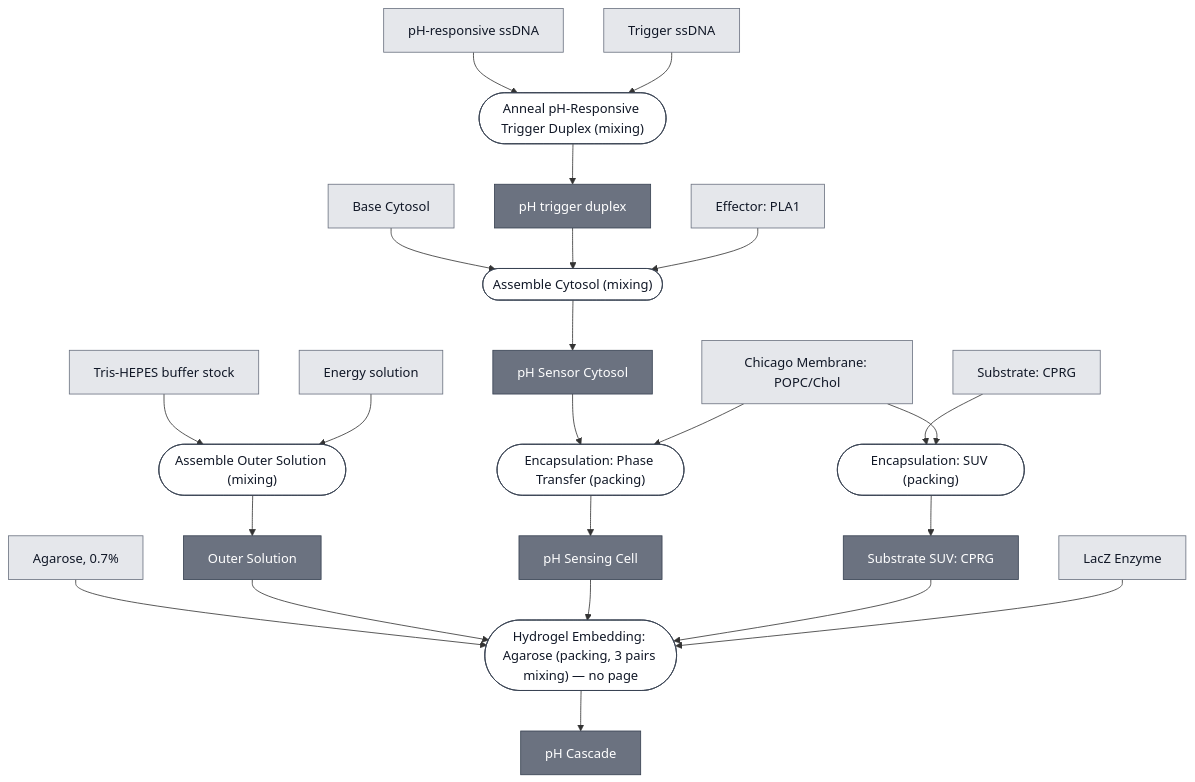
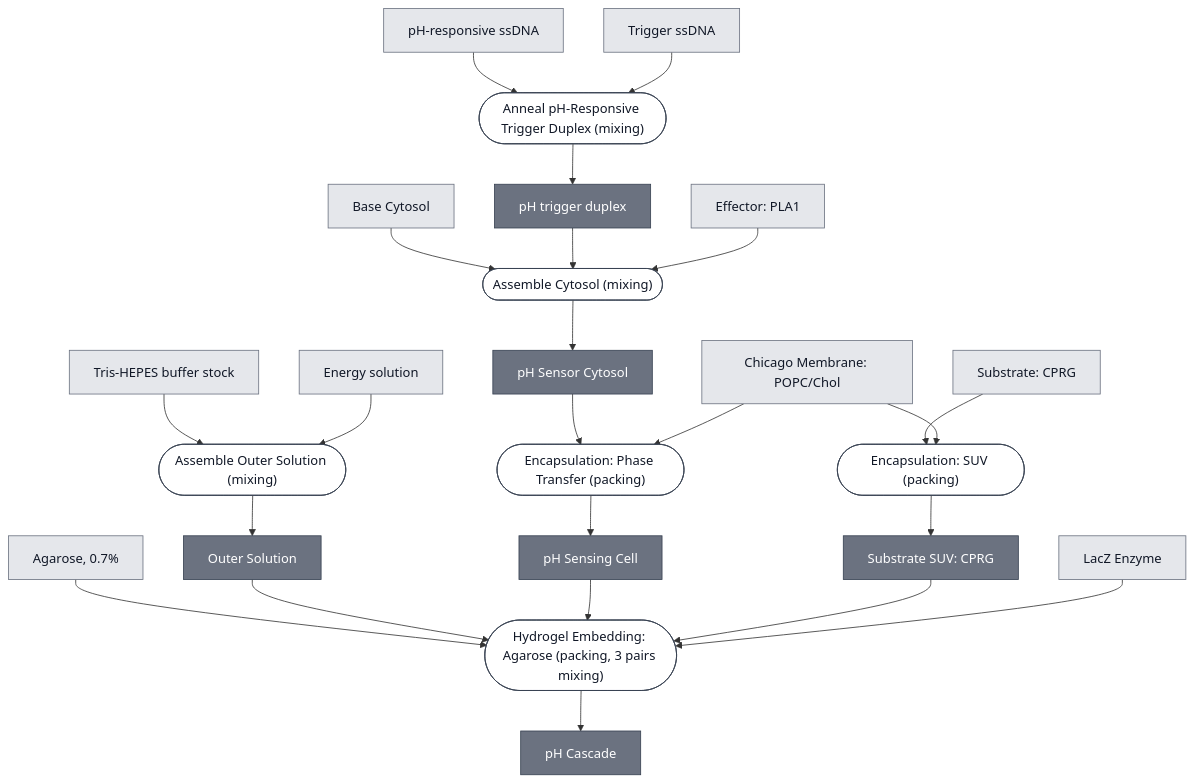
Before and after one commit to nucleus-eng/nucleus-docs: the diagram in docs/modules/ph-cascade/spec.md, drawn with Mermaid. The commit also changed other lines of this file and 3 other files, not shown here.

First line of the commit message:
Identify the agarose as ULGA, which gives the pH path its process page back

````diff
--- a/docs/modules/ph-cascade/spec.md
+++ b/docs/modules/ph-cascade/spec.md
@@ -35,78 +35,80 @@
 ```mermaid
 flowchart TD
     BASE_CYTOSOL["Base Cytosol"]
     PH_RESPONSIVE_SSDNA["pH-responsive ssDNA"]
     TRIGGER_SSDNA["Trigger ssDNA"]
     EFFECTOR_PLA1["Effector: PLA1"]
     MEMBRANE_CHICAGO["Chicago Membrane: POPC/Chol"]
     SUBSTRATE_CPRG["Substrate: CPRG"]
     REPORTER_LACZ_ENZYME["LacZ Enzyme"]
     AGAROSE["Agarose, 0.7%"]
     TRIS_HEPES_STOCK["Tris-HEPES buffer stock"]
     ENERGY_SOLUTION["Energy solution"]
 
     P1_ASSEMBLE_OUTER_SOLUTION_0(["Assemble Outer Solution (mixing)"])
     CHICAGO_OUTER_SOLUTION["Outer Solution"]
     P2_ANNEAL_TRIGGER_DUPLEX_0(["Anneal pH-Responsive Trigger Duplex (mixing)"])
     PH_TRIGGER_DUPLEX["pH trigger duplex"]
     P3_ASSEMBLE_CYTOSOL_0(["Assemble Cytosol (mixing)"])
     PH_SENSOR_CYTOSOL["pH Sensor Cytosol"]
     P4_ENCAPSULATE_0(["Encapsulation: Phase Transfer (packing)"])
     PH_SENSING_CELL["pH Sensing Cell"]
     P5_ENCAPSULATE_SUBSTRATE_SUV_0(["Encapsulation: SUV (packing)"])
     SUBSTRATE_CPRG_SUV["Substrate SUV: CPRG"]
-    P6_EMBED_AGAROSE_0(["Hydrogel Embedding: Agarose (packing, 3 pairs mixing) — no page"])
+    P6_EMBED_AGAROSE_0(["Hydrogel Embedding: Agarose (packing, 3 pairs mixing)"])
     PH_CASCADE["pH Cascade"]
 
     TRIS_HEPES_STOCK --> P1_ASSEMBLE_OUTER_SOLUTION_0
     ENERGY_SOLUTION --> P1_ASSEMBLE_OUTER_SOLUTION_0
     P1_ASSEMBLE_OUTER_SOLUTION_0 --> CHICAGO_OUTER_SOLUTION
 
     PH_RESPONSIVE_SSDNA --> P2_ANNEAL_TRIGGER_DUPLEX_0
     TRIGGER_SSDNA --> P2_ANNEAL_TRIGGER_DUPLEX_0
     P2_ANNEAL_TRIGGER_DUPLEX_0 --> PH_TRIGGER_DUPLEX
 
     BASE_CYTOSOL --> P3_ASSEMBLE_CYTOSOL_0
     PH_TRIGGER_DUPLEX --> P3_ASSEMBLE_CYTOSOL_0
     EFFECTOR_PLA1 --> P3_ASSEMBLE_CYTOSOL_0
     P3_ASSEMBLE_CYTOSOL_0 --> PH_SENSOR_CYTOSOL
 
     PH_SENSOR_CYTOSOL --> P4_ENCAPSULATE_0
     MEMBRANE_CHICAGO --> P4_ENCAPSULATE_0
     P4_ENCAPSULATE_0 --> PH_SENSING_CELL
 
     SUBSTRATE_CPRG --> P5_ENCAPSULATE_SUBSTRATE_SUV_0
     MEMBRANE_CHICAGO --> P5_ENCAPSULATE_SUBSTRATE_SUV_0
     P5_ENCAPSULATE_SUBSTRATE_SUV_0 --> SUBSTRATE_CPRG_SUV
 
     AGAROSE --> P6_EMBED_AGAROSE_0
     CHICAGO_OUTER_SOLUTION --> P6_EMBED_AGAROSE_0
     PH_SENSING_CELL --> P6_EMBED_AGAROSE_0
     SUBSTRATE_CPRG_SUV --> P6_EMBED_AGAROSE_0
     REPORTER_LACZ_ENZYME --> P6_EMBED_AGAROSE_0
     P6_EMBED_AGAROSE_0 --> PH_CASCADE
 
 
     classDef leaf     fill:#e5e7eb,stroke:#6b7280,color:#111827;
     classDef composed fill:#6b7280,stroke:#374151,color:#ffffff;
     classDef process  fill:#ffffff,stroke:#374151,color:#111827;
     class BASE_CYTOSOL,PH_RESPONSIVE_SSDNA,TRIGGER_SSDNA,EFFECTOR_PLA1,MEMBRANE_CHICAGO,SUBSTRATE_CPRG,REPORTER_LACZ_ENZYME,AGAROSE,TRIS_HEPES_STOCK,ENERGY_SOLUTION leaf;
     class CHICAGO_OUTER_SOLUTION,PH_TRIGGER_DUPLEX,PH_SENSOR_CYTOSOL,PH_SENSING_CELL,SUBSTRATE_CPRG_SUV,PH_CASCADE composed;
     class P1_ASSEMBLE_OUTER_SOLUTION_0,P2_ANNEAL_TRIGGER_DUPLEX_0,P3_ASSEMBLE_CYTOSOL_0,P4_ENCAPSULATE_0,P5_ENCAPSULATE_SUBSTRATE_SUV_0,P6_EMBED_AGAROSE_0 process;
 
     click BASE_CYTOSOL "/docs/modules/base-cytosol/spec"
     click EFFECTOR_PLA1 "/docs/modules/effector-pla1/spec"
     click MEMBRANE_CHICAGO "/docs/modules/membrane-popc-chol-chicago/spec"
     click SUBSTRATE_CPRG "/docs/modules/substrate-cprg/spec"
     click REPORTER_LACZ_ENZYME "/docs/modules/reporter-lacz-enzyme/spec"
+    click AGAROSE "/docs/modules/gel-ulga/spec"
     click P1_ASSEMBLE_OUTER_SOLUTION_0 "/docs/processes/assemble-outer-solution/main"
     click P2_ANNEAL_TRIGGER_DUPLEX_0 "/docs/processes/anneal-ph-trigger-duplex/main"
     click PH_TRIGGER_DUPLEX "/docs/modules/detector-ph/spec"
     click P3_ASSEMBLE_CYTOSOL_0 "/docs/processes/assemble-cytosol/assemble-cytosol-main"
     click PH_SENSOR_CYTOSOL "/docs/modules/ph-sensor-cytosol/spec"
     click P4_ENCAPSULATE_0 "/docs/processes/assemble-base-cell/main"
     click PH_SENSING_CELL "/docs/modules/ph-sensing-cell/spec"
     click P5_ENCAPSULATE_SUBSTRATE_SUV_0 "/docs/processes/encapsulate-suv/main"
     click SUBSTRATE_CPRG_SUV "/docs/modules/substrate-cprg-suv/spec"
+    click P6_EMBED_AGAROSE_0 "/docs/processes/embed-ulga-hydrogel/main"
     click PH_CASCADE "/docs/modules/ph-cascade/spec"
 ```
````
